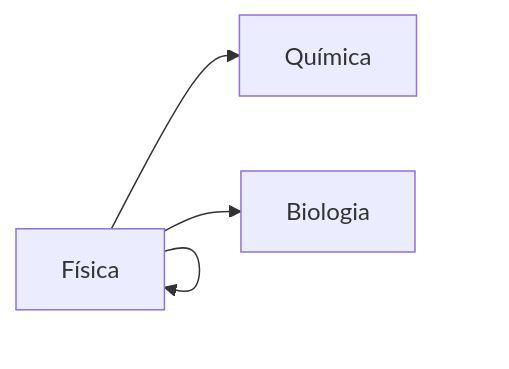
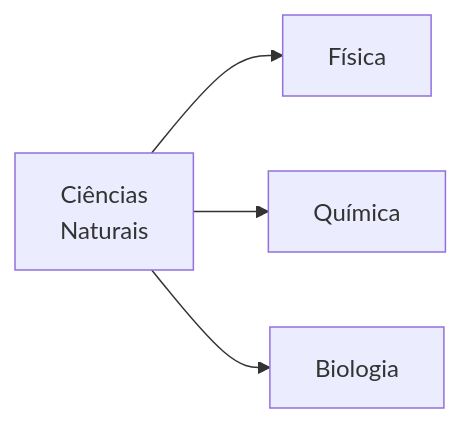
One commit to dnlclaudino/gestao-do-conhecimento changed the sixth of 6 diagrams in README.md. Above: the diagram before and after it, drawn with Mermaid.

````diff
--- a/README.md
+++ b/README.md
@@ -171,6 +171,6 @@
 ```mermaid
 graph LR;
-  CN[Ciências<br>Naturais]-->CN[Física];
+  CN[Ciências<br>Naturais]-->F[Física];
         CN-->Q[Química];
-        CN-->BIO[Biologia];
+        CN-->B[Biologia];
 ```
````
